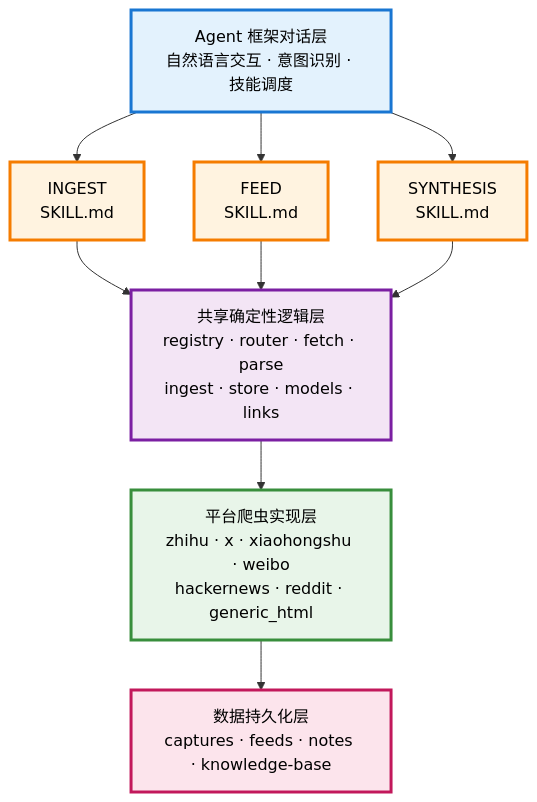
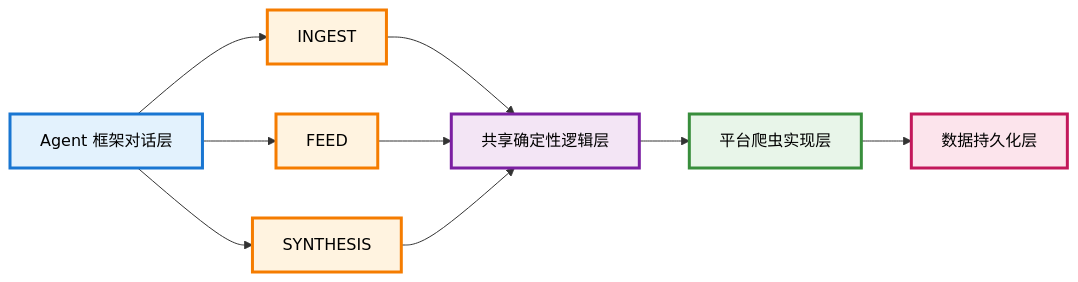
Before and after one commit to NatsuFox/Tapestry: the second of 4 diagrams in README.md, drawn with Mermaid. The commit also changed other lines of this file, not shown here.

Commit message:
refactor: change architecture diagrams to horizontal layout
Convert architecture design flowcharts from vertical (TB) to horizontal (LR):
- Simplify node labels for better horizontal flow
- Maintain the same pastel color scheme
- Improve readability with left-to-right progression
- Consistent with workflow overview diagrams

All diagrams now use horizontal layout for better space efficiency
and easier reading flow.

````diff
--- a/README.md
+++ b/README.md
@@ -220,27 +220,18 @@
 ```mermaid
-flowchart TB
-    A[Agent 框架对话层<br/>自然语言交互 · 意图识别 · 技能调度]
+flowchart LR
+    A[Agent 框架对话层] --> B1[INGEST]
+    A --> B2[FEED]
+    A --> B3[SYNTHESIS]
 
-    B1[INGEST<br/>SKILL.md]
-    B2[FEED<br/>SKILL.md]
-    B3[SYNTHESIS<br/>SKILL.md]
-
-    C[共享确定性逻辑层<br/>registry · router · fetch · parse<br/>ingest · store · models · links]
-
-    D[平台爬虫实现层<br/>zhihu · x · xiaohongshu · weibo<br/>hackernews · reddit · generic_html]
-
-    E[数据持久化层<br/>captures · feeds · notes · knowledge-base]
-
-    A --> B1 & B2 & B3
-    B1 & B2 & B3 --> C
-    C --> D
-    D --> E
+    B1 & B2 & B3 --> C[共享确定性逻辑层]
+    C --> D[平台爬虫实现层]
+    D --> E[数据持久化层]
 
     style A fill:#e3f2fd,stroke:#1976d2,stroke-width:3px,color:#000
     style B1 fill:#fff3e0,stroke:#f57c00,stroke-width:3px,color:#000
     style B2 fill:#fff3e0,stroke:#f57c00,stroke-width:3px,color:#000
     style B3 fill:#fff3e0,stroke:#f57c00,stroke-width:3px,color:#000
     style C fill:#f3e5f5,stroke:#7b1fa2,stroke-width:3px,color:#000
     style D fill:#e8f5e9,stroke:#388e3c,stroke-width:3px,color:#000
     style E fill:#fce4ec,stroke:#c2185b,stroke-width:3px,color:#000
 ```
````
